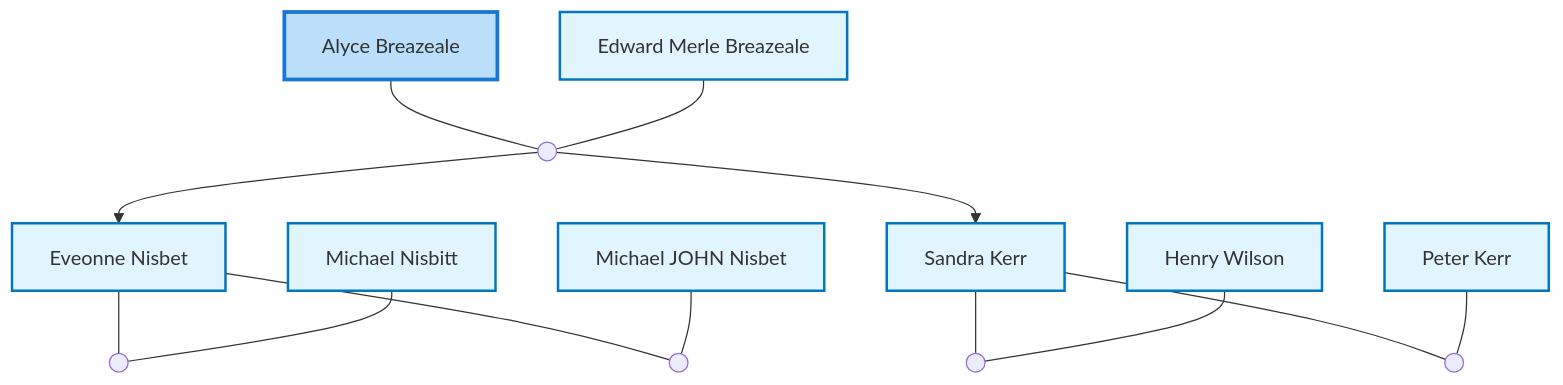
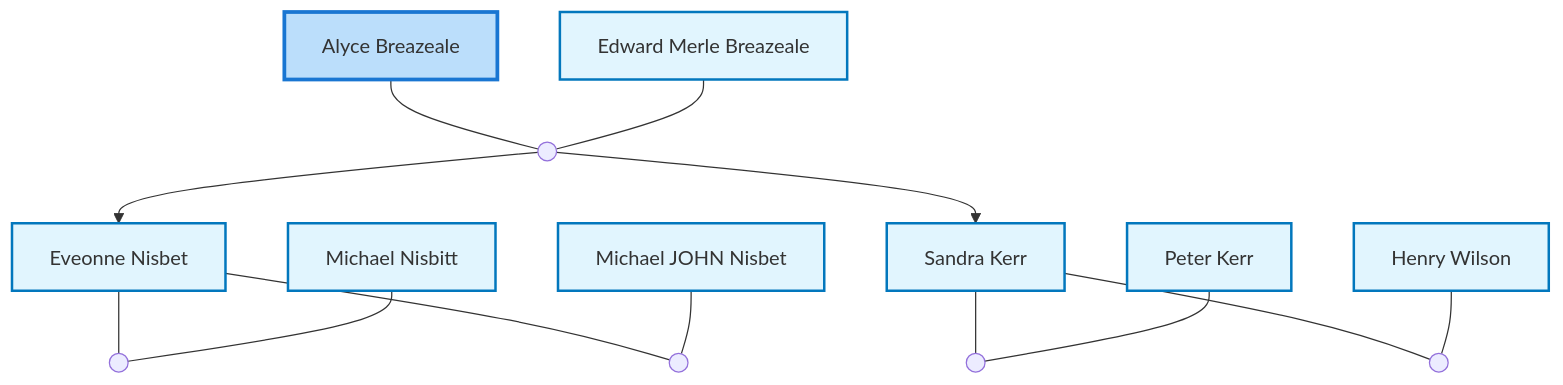
The third of 3 diagrams in site/content/profiles/Alyce Breazeale.md (moshehoff/FamilyHistory), drawn with Mermaid before and after one commit. The commit also changed other lines of this file and 244 other files, not shown here.

Commit message:
Change Nuclear Family diagram to show parents and siblings, update site title to 'Hoffman Family History', revert diagram zoom to simple scaling

````diff
--- a/site/content/profiles/Alyce Breazeale.md
+++ b/site/content/profiles/Alyce Breazeale.md
@@ -88,47 +94,47 @@
 ```mermaid
 flowchart TD
 classDef person fill:#e1f5fe,stroke:#0277bd,stroke-width:2px;
 classDef internal-link fill:#e1f5fe,stroke:#0277bd,stroke-width:2px;
 classDef current fill:#bbdefb,stroke:#1976d2,stroke-width:3px;
 idI61277011["Alyce Breazeale"]
 class idI61277011 current
 click idI61277011 "../profiles/Alyce-Breazeale" "Alyce Breazeale"
 idI61276980["Edward Merle Breazeale"]
 class idI61276980 internal-link
 click idI61276980 "../profiles/Edward-Merle-Breazeale" "Edward Merle Breazeale"
 marriage_idF20778736((" "))
 idI61277011 --- marriage_idF20778736
 idI61276980 --- marriage_idF20778736
 idI45569141["Eveonne Nisbet"]
 class idI45569141 internal-link
 click idI45569141 "../profiles/Eveonne-Nisbet" "Eveonne Nisbet"
 marriage_idF20778736 --> idI45569141
 idI40157732["Michael Nisbitt"]
 class idI40157732 internal-link
 click idI40157732 "../profiles/Michael-Nisbitt" "Michael Nisbitt"
 marriage_idF13720844((" "))
 idI45569141 --- marriage_idF13720844
 idI40157732 --- marriage_idF13720844
 idI45569115["Michael JOHN Nisbet"]
 class idI45569115 internal-link
 click idI45569115 "../profiles/Michael-JOHN-Nisbet" "Michael JOHN Nisbet"
 marriage_idF15552668((" "))
 idI45569141 --- marriage_idF15552668
 idI45569115 --- marriage_idF15552668
 idI39964744["Sandra Kerr"]
 class idI39964744 internal-link
 click idI39964744 "../profiles/Sandra-Kerr" "Sandra Kerr"
 marriage_idF20778736 --> idI39964744
+idI40159359["Peter Kerr"]
+class idI40159359 internal-link
+click idI40159359 "../profiles/Peter-Kerr" "Peter Kerr"
+marriage_idF13722302((" "))
+idI39964744 --- marriage_idF13722302
+idI40159359 --- marriage_idF13722302
 idI40159158["Henry Wilson"]
 class idI40159158 internal-link
 click idI40159158 "../profiles/Henry-Wilson" "Henry Wilson"
 marriage_idF13722347((" "))
 idI39964744 --- marriage_idF13722347
 idI40159158 --- marriage_idF13722347
-idI40159359["Peter Kerr"]
-class idI40159359 internal-link
-click idI40159359 "../profiles/Peter-Kerr" "Peter Kerr"
-marriage_idF13722302((" "))
-idI39964744 --- marriage_idF13722302
-idI40159359 --- marriage_idF13722302
 ```
````
